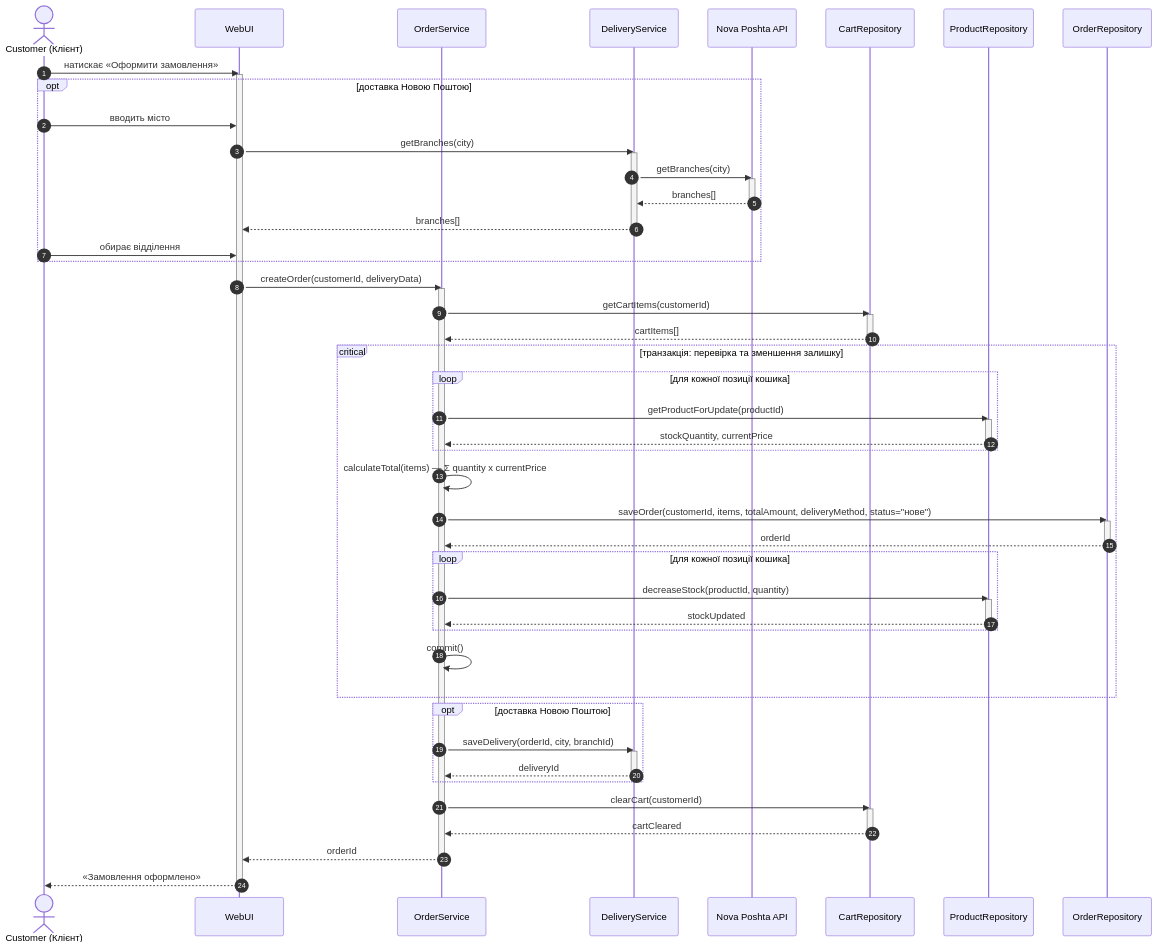
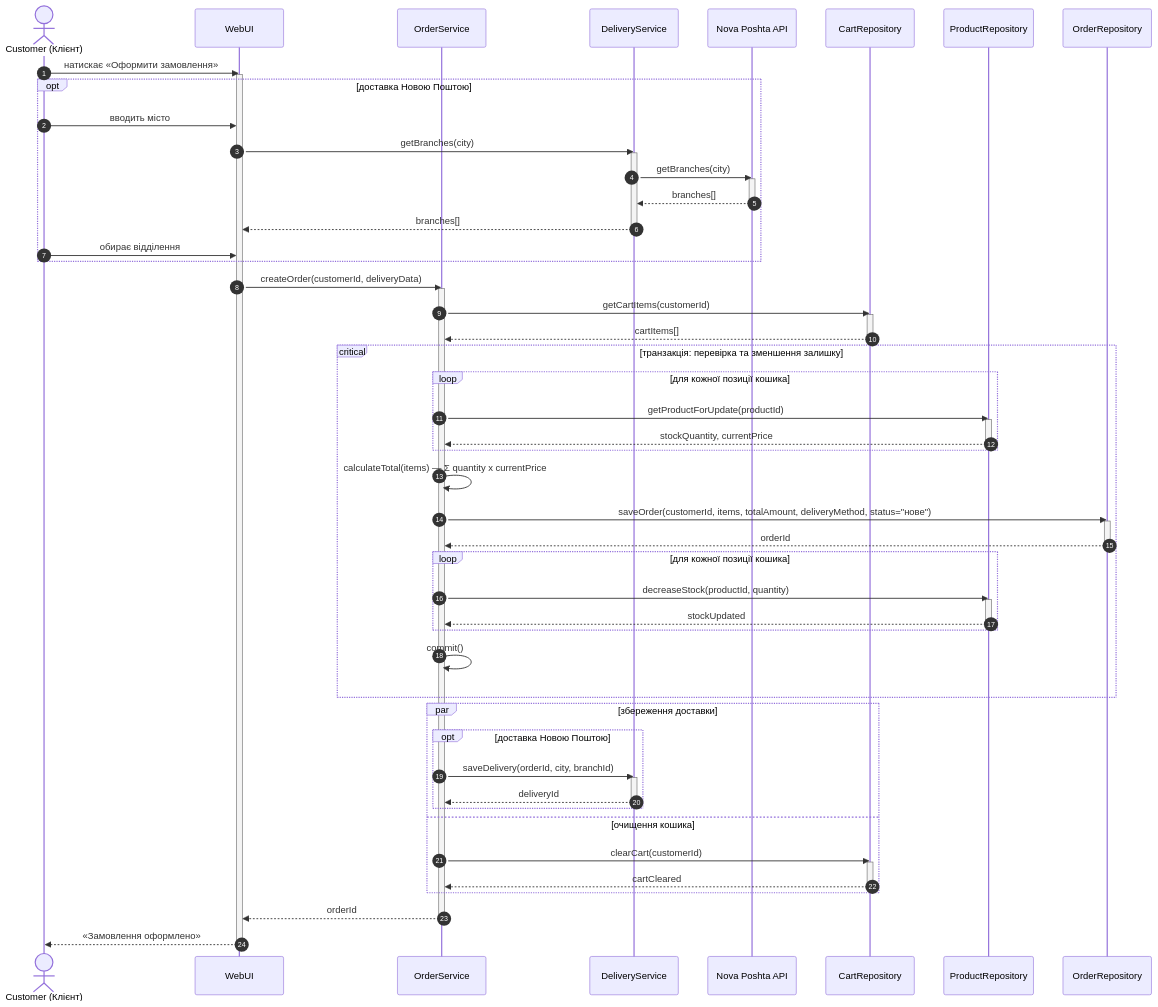
Before and after one commit to AlegZabivnoy/Software-engineering-components-2-: the diagram in Diagrams/sequence-uc03-success.mmd, drawn with Mermaid. The commit also changed 1 other file, not shown here.

Commit message:
fix: run saveDelivery and clearCart in parallel to match activity

```diff
--- a/Diagrams/sequence-uc03-success.mmd
+++ b/Diagrams/sequence-uc03-success.mmd
@@ -1,69 +1,72 @@
 sequenceDiagram
     autonumber
     actor C as Customer (Клієнт)
     participant UI as WebUI
     participant OS as OrderService
     participant DS as DeliveryService
     participant NP as Nova Poshta API
     participant CR as CartRepository
     participant PR as ProductRepository
     participant OR as OrderRepository
 
     C->>UI: натискає «Оформити замовлення»
     activate UI
 
     opt доставка Новою Поштою
         C->>UI: вводить місто
         UI->>DS: getBranches(city)
         activate DS
         DS->>NP: getBranches(city)
         activate NP
         NP-->>DS: branches[]
         deactivate NP
         DS-->>UI: branches[]
         deactivate DS
         C->>UI: обирає відділення
     end
 
     UI->>OS: createOrder(customerId, deliveryData)
     activate OS
     OS->>CR: getCartItems(customerId)
     activate CR
     CR-->>OS: cartItems[]
     deactivate CR
 
     critical транзакція: перевірка та зменшення залишку
         loop для кожної позиції кошика
             OS->>PR: getProductForUpdate(productId)
             activate PR
             PR-->>OS: stockQuantity, currentPrice
             deactivate PR
         end
         OS->>OS: calculateTotal(items) — Σ quantity х currentPrice
         OS->>OR: saveOrder(customerId, items, totalAmount, deliveryMethod, status="нове")
         activate OR
         OR-->>OS: orderId
         deactivate OR
         loop для кожної позиції кошика
             OS->>PR: decreaseStock(productId, quantity)
             activate PR
             PR-->>OS: stockUpdated
             deactivate PR
         end
         OS->>OS: commit()
     end
 
-    opt доставка Новою Поштою
-        OS->>DS: saveDelivery(orderId, city, branchId)
-        activate DS
-        DS-->>OS: deliveryId
-        deactivate DS
+        par збереження доставки
+        opt доставка Новою Поштою
+            OS->>DS: saveDelivery(orderId, city, branchId)
+            activate DS
+            DS-->>OS: deliveryId
+            deactivate DS
+        end
+    and очищення кошика
+        OS->>CR: clearCart(customerId)
+        activate CR
+        CR-->>OS: cartCleared
+        deactivate CR
     end
-    OS->>CR: clearCart(customerId)
-    activate CR
-    CR-->>OS: cartCleared
-    deactivate CR
     OS-->>UI: orderId
     deactivate OS
     UI-->>C: «Замовлення оформлено»
     deactivate UI
```
